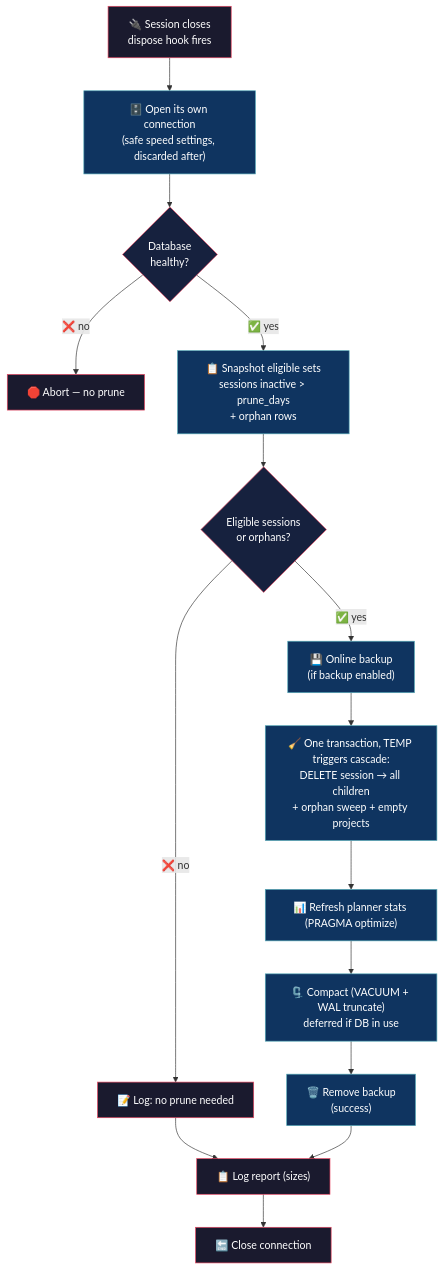
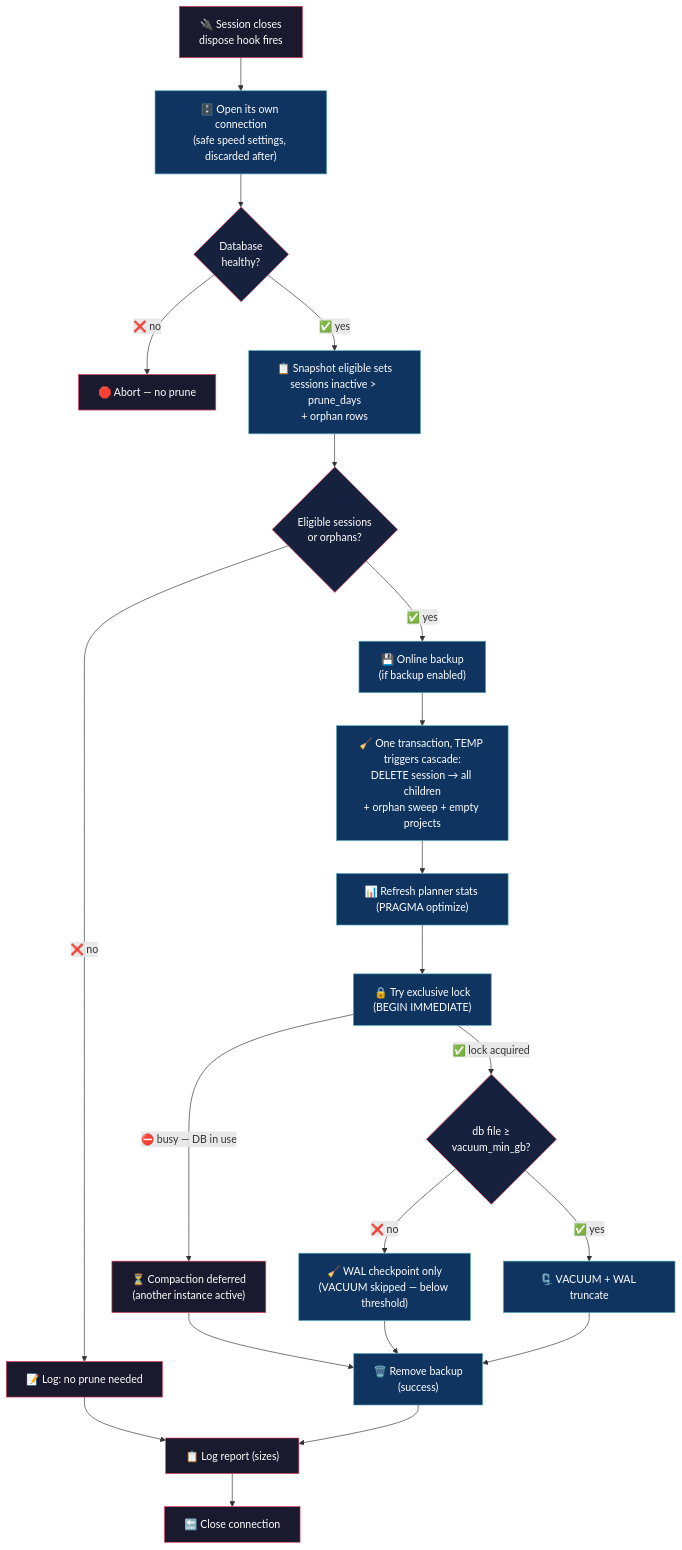
Before and after one commit to alejo54dev/opencode-db-prunetor: the diagram in README.md, drawn with Mermaid.

Commit message:
docs: show vacuum_min_gb size gate in README diagram

````diff
--- a/README.md
+++ b/README.md
@@ -35,33 +35,43 @@
 ```mermaid
 flowchart TD
     A["🔌 Session closes<br/>dispose hook fires"]
     A --> B["🗄️ Open its own connection<br/>(safe speed settings, discarded after)"]
     B --> C{"Database<br/>healthy?"}
     C -->|"❌ no"| Z["🛑 Abort — no prune"]
     C -->|"✅ yes"| D["📋 Snapshot eligible sets<br/>sessions inactive > prune_days<br/>+ orphan rows"]
     D --> E{"Eligible sessions<br/>or orphans?"}
     E -->|"❌ no"| R["📝 Log: no prune needed"]
     E -->|"✅ yes"| F["💾 Online backup<br/>(if backup enabled)"]
     F --> G["🧹 One transaction, TEMP triggers cascade:<br/>DELETE session → all children<br/>+ orphan sweep + empty projects"]
     G --> I["📊 Refresh planner stats (PRAGMA optimize)"]
-    I --> M["🗜️ Compact (VACUUM + WAL truncate)<br/>deferred if DB in use"]
-    M --> L["🗑️ Remove backup<br/>(success)"]
+    I --> M["🔒 Try exclusive lock<br/>(BEGIN IMMEDIATE)"]
+    M -->|"⛔ busy — DB in use"| MD["⏳ Compaction deferred<br/>(another instance active)"]
+    M -->|"✅ lock acquired"| S{"db file ≥<br/>vacuum_min_gb?"}
+    S -->|"❌ no"| SK["🧹 WAL checkpoint only<br/>(VACUUM skipped — below threshold)"]
+    S -->|"✅ yes"| V["🗜️ VACUUM + WAL truncate"]
+    MD --> L["🗑️ Remove backup<br/>(success)"]
+    SK --> L
+    V --> L
     R --> J["📋 Log report (sizes)"]
     L --> J
     J --> K["🔚 Close connection"]
 
     style A fill:#1a1a2e,stroke:#e94560,color:#fff
     style B fill:#0f3460,stroke:#53a8b6,color:#fff
     style C fill:#16213e,stroke:#e94560,color:#fff
     style D fill:#0f3460,stroke:#53a8b6,color:#fff
     style E fill:#16213e,stroke:#e94560,color:#fff
     style F fill:#0f3460,stroke:#53a8b6,color:#fff
     style G fill:#0f3460,stroke:#53a8b6,color:#fff
     style I fill:#0f3460,stroke:#53a8b6,color:#fff
     style M fill:#0f3460,stroke:#53a8b6,color:#fff
     style L fill:#0f3460,stroke:#53a8b6,color:#fff
+    style S fill:#16213e,stroke:#e94560,color:#fff
+    style MD fill:#1a1a2e,stroke:#e94560,color:#fff
+    style SK fill:#0f3460,stroke:#53a8b6,color:#fff
+    style V fill:#0f3460,stroke:#53a8b6,color:#fff
     style J fill:#1a1a2e,stroke:#e94560,color:#fff
     style K fill:#1a1a2e,stroke:#e94560,color:#fff
     style R fill:#1a1a2e,stroke:#e94560,color:#fff
     style Z fill:#1a1a2e,stroke:#e94560,color:#fff
 ```
````
